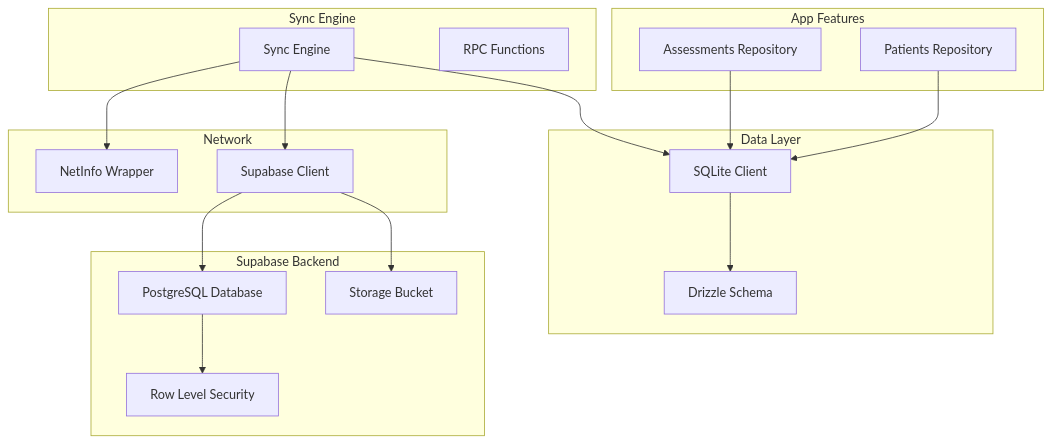
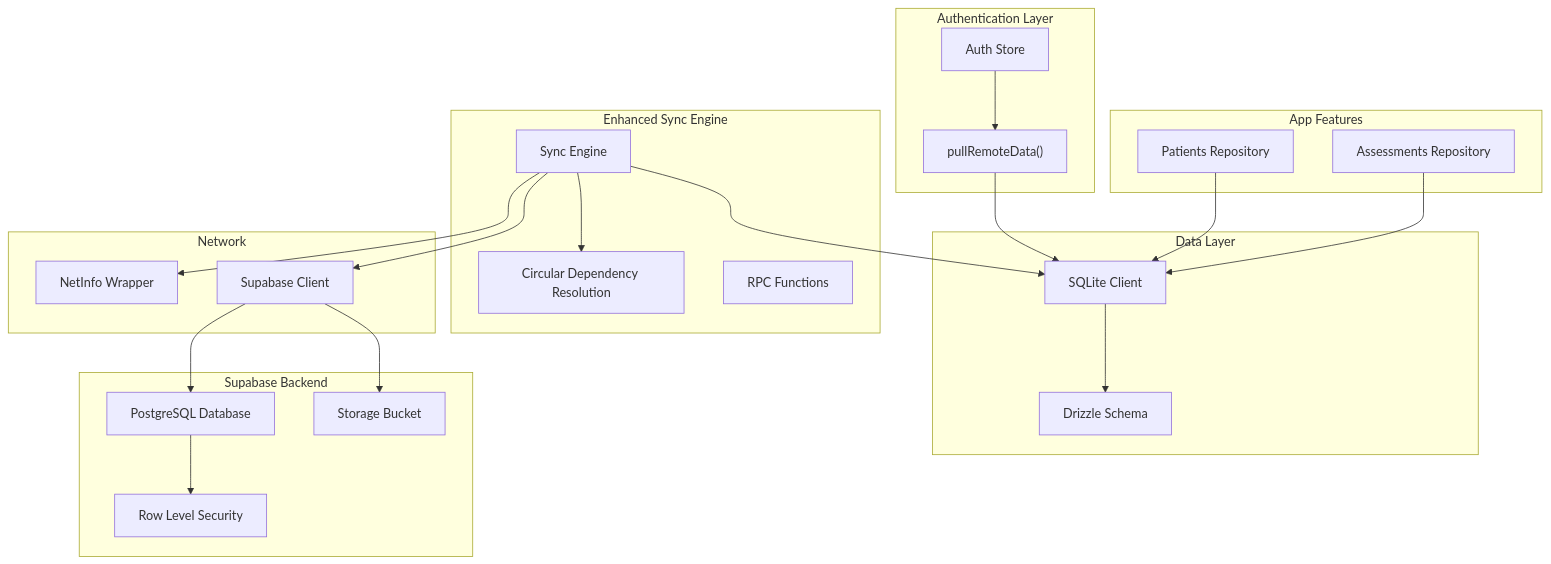
One commit to AdeelTahir-SE/DermSight changed the first of 11 diagrams in .qoder/repowiki/en/content/Synchronization System.md. Above: the diagram before and after it, drawn with Mermaid. The commit also changed other lines of this file and 43 other files, not shown here.

````diff
--- a/.qoder/repowiki/en/content/Synchronization System.md
+++ b/.qoder/repowiki/en/content/Synchronization System.md
@@ -58,33 +60,41 @@
 ```mermaid
 graph TB
+subgraph "Authentication Layer"
+AUTH["Auth Store"]
+PULL["pullRemoteData()"]
+end
 subgraph "App Features"
 PAT["Patients Repository"]
 ASS["Assessments Repository"]
 end
 subgraph "Data Layer"
 DB["SQLite Client"]
 SCHEMA["Drizzle Schema"]
 end
-subgraph "Sync Engine"
+subgraph "Enhanced Sync Engine"
 ENGINE["Sync Engine"]
+CIRCULAR["Circular Dependency Resolution"]
 RPC["RPC Functions"]
 end
 subgraph "Supabase Backend"
 PG["PostgreSQL Database"]
 STORAGE["Storage Bucket"]
 RLS["Row Level Security"]
 end
 subgraph "Network"
 NETINFO["NetInfo Wrapper"]
 SUPABASE["Supabase Client"]
 end
+AUTH --> PULL
+PULL --> DB
 PAT --> DB
 ASS --> DB
 DB --> SCHEMA
 ENGINE --> DB
+ENGINE --> CIRCULAR
 ENGINE --> NETINFO
 ENGINE --> SUPABASE
 SUPABASE --> PG
 SUPABASE --> STORAGE
 PG --> RLS
 ```
````
